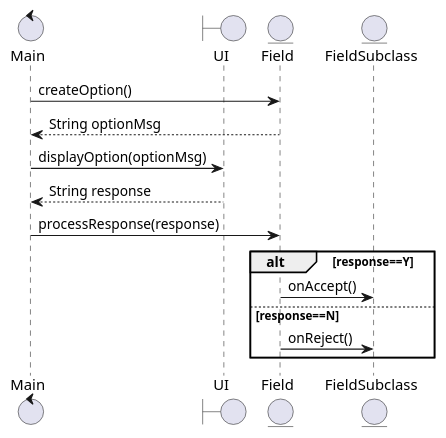
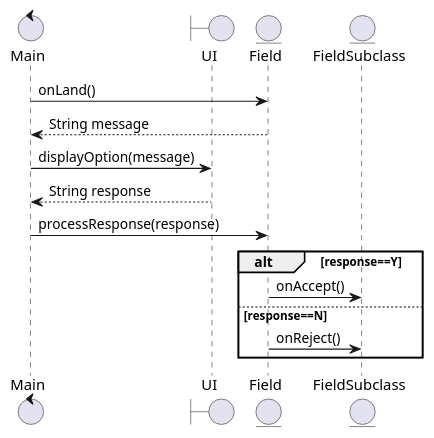
The diagram in UML/Sequence diagram - TakeTurn.puml (tessG/E2021Matador), drawn with PlantUML before and after one commit. The commit also changed 14 other files, not shown here.

```diff
--- a/UML/Sequence diagram - TakeTurn.puml
+++ b/UML/Sequence diagram - TakeTurn.puml
@@ -1,19 +1,19 @@
 @startuml
 control       Main       as Main
 boundary      UI          as UI
 entity        Field       as Field
 entity        FieldSubclass      as Sub
 
 
-Main -> Field : createOption()
-Field --> Main : String optionMsg
-Main -> UI  : displayOption(optionMsg)
+Main -> Field : onLand()
+Field --> Main : String message
+Main -> UI  : displayOption(message)
 UI --> Main : String response
 Main -> Field  : processResponse(response)
 alt response==Y
 Field -> Sub  : onAccept()
 else response==N
 Field -> Sub : onReject()
 end
 
 @enduml
```
